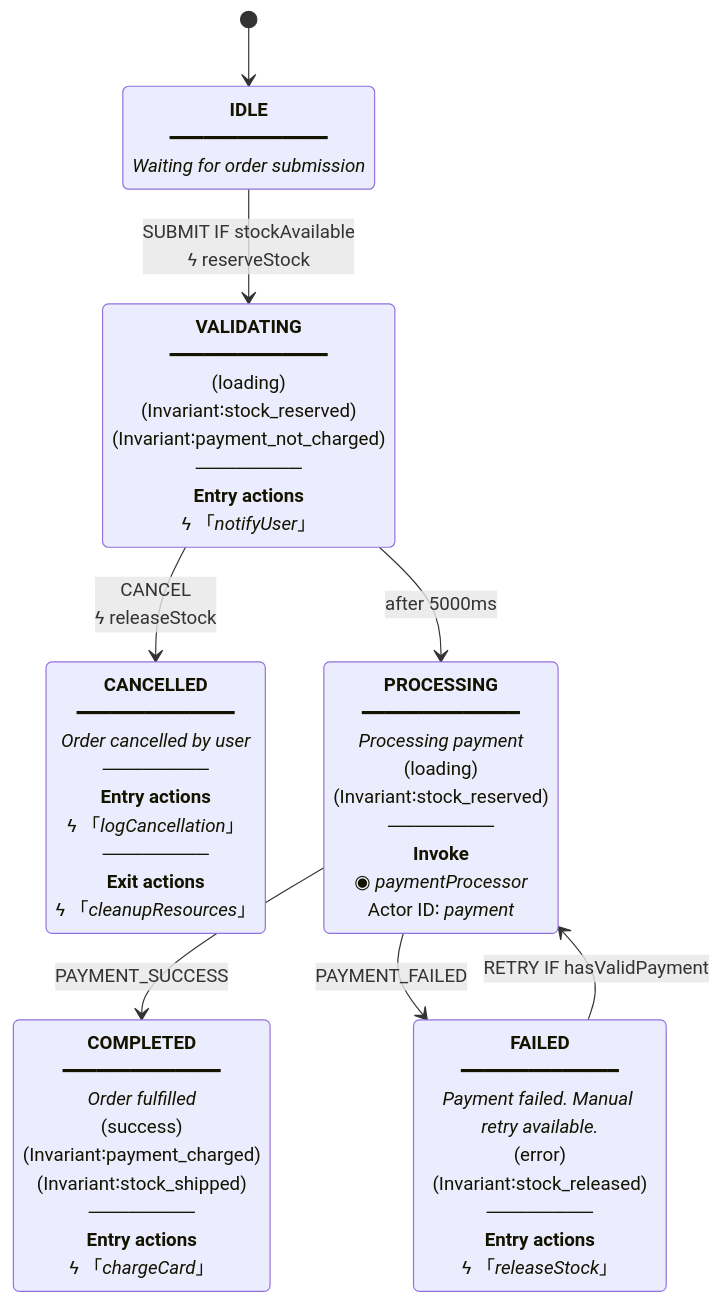
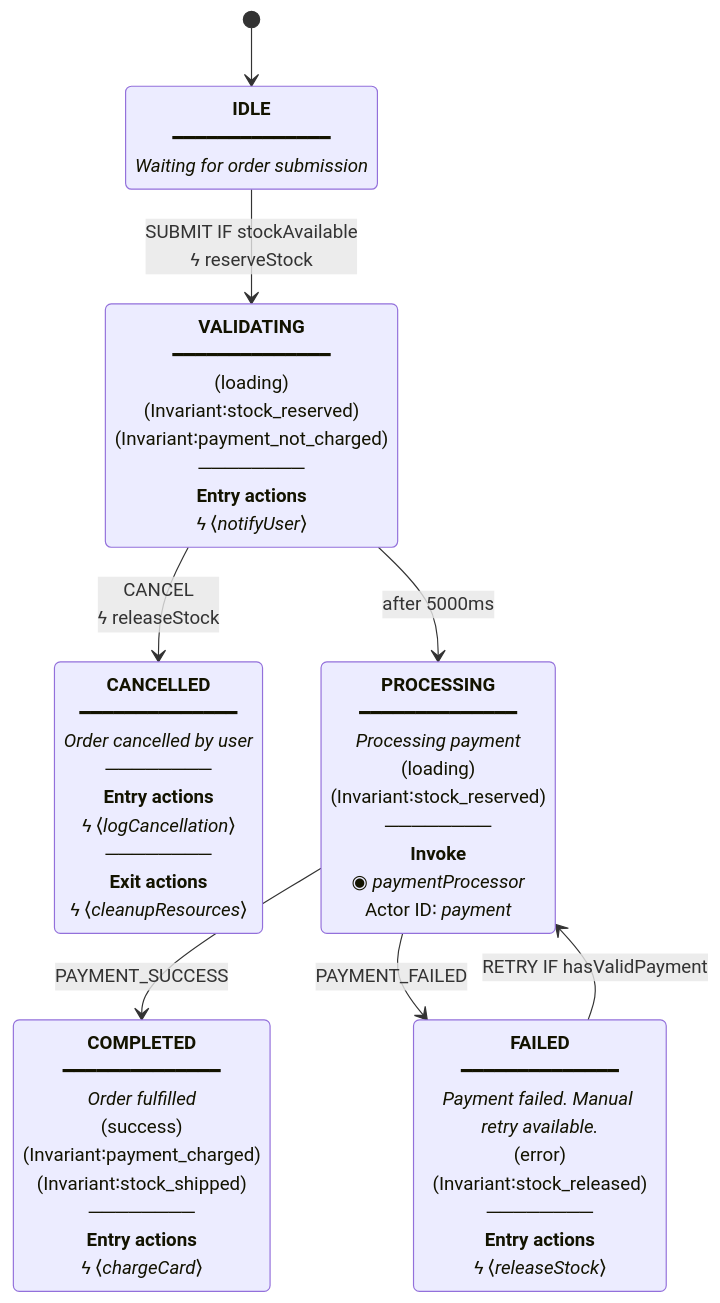
The diagram in README.md (zitongcharliedeng/xstate-ts-to-mermaid), drawn with Mermaid before and after one commit. The commit also changed other lines of this file and 2 other files, not shown here.

Commit message:
fix: use angle brackets for actions (CJK brackets rendered as tofu)

````diff
--- a/README.md
+++ b/README.md
@@ -143,16 +143,16 @@
 ```mermaid
 stateDiagram-v2
     [*] --> idle
     idle: <b>IDLE</b><br/>━━━━━━━━━━━━━━<br/><i>Waiting for order submission</i>
     idle --> validating: SUBMIT IF stockAvailable<br/>ϟ reserveStock
-    validating: <b>VALIDATING</b><br/>━━━━━━━━━━━━━━<br/>(loading)<br/>(Invariant∶stock_reserved)<br/>(Invariant∶payment_not_charged)<br/>────────<br/><b>Entry actions</b><br/>ϟ 「<i>notifyUser</i>」
+    validating: <b>VALIDATING</b><br/>━━━━━━━━━━━━━━<br/>(loading)<br/>(Invariant∶stock_reserved)<br/>(Invariant∶payment_not_charged)<br/>────────<br/><b>Entry actions</b><br/>ϟ ⟨<i>notifyUser</i>⟩
     validating --> cancelled: CANCEL<br/>ϟ releaseStock
     validating --> processing: after 5000ms
     processing: <b>PROCESSING</b><br/>━━━━━━━━━━━━━━<br/><i>Processing payment</i><br/>(loading)<br/>(Invariant∶stock_reserved)<br/>────────<br/><b>Invoke</b><br/>◉ <i>paymentProcessor</i><br/>Actor ID∶ <i>payment</i>
     processing --> completed: PAYMENT_SUCCESS
     processing --> failed: PAYMENT_FAILED
-    completed: <b>COMPLETED</b><br/>━━━━━━━━━━━━━━<br/><i>Order fulfilled</i><br/>(success)<br/>(Invariant∶payment_charged)<br/>(Invariant∶stock_shipped)<br/>────────<br/><b>Entry actions</b><br/>ϟ 「<i>chargeCard</i>」
-    failed: <b>FAILED</b><br/>━━━━━━━━━━━━━━<br/><i>Payment failed. Manual retry available.</i><br/>(error)<br/>(Invariant∶stock_released)<br/>────────<br/><b>Entry actions</b><br/>ϟ 「<i>releaseStock</i>」
+    completed: <b>COMPLETED</b><br/>━━━━━━━━━━━━━━<br/><i>Order fulfilled</i><br/>(success)<br/>(Invariant∶payment_charged)<br/>(Invariant∶stock_shipped)<br/>────────<br/><b>Entry actions</b><br/>ϟ ⟨<i>chargeCard</i>⟩
+    failed: <b>FAILED</b><br/>━━━━━━━━━━━━━━<br/><i>Payment failed. Manual retry available.</i><br/>(error)<br/>(Invariant∶stock_released)<br/>────────<br/><b>Entry actions</b><br/>ϟ ⟨<i>releaseStock</i>⟩
     failed --> processing: RETRY IF hasValidPayment
-    cancelled: <b>CANCELLED</b><br/>━━━━━━━━━━━━━━<br/><i>Order cancelled by user</i><br/>────────<br/><b>Entry actions</b><br/>ϟ 「<i>logCancellation</i>」<br/>────────<br/><b>Exit actions</b><br/>ϟ 「<i>cleanupResources</i>」
+    cancelled: <b>CANCELLED</b><br/>━━━━━━━━━━━━━━<br/><i>Order cancelled by user</i><br/>────────<br/><b>Entry actions</b><br/>ϟ ⟨<i>logCancellation</i>⟩<br/>────────<br/><b>Exit actions</b><br/>ϟ ⟨<i>cleanupResources</i>⟩
 ```
````
